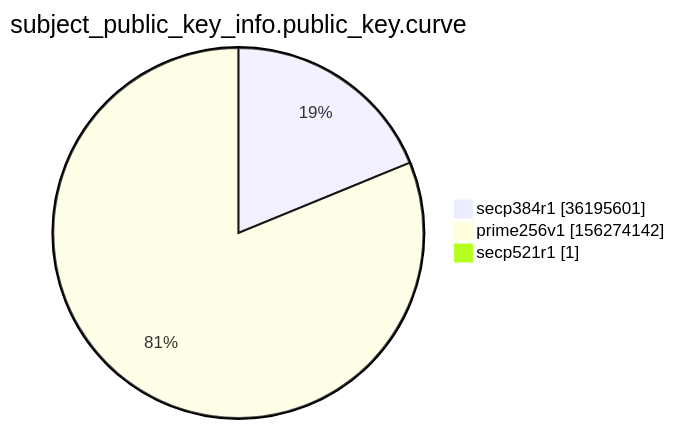
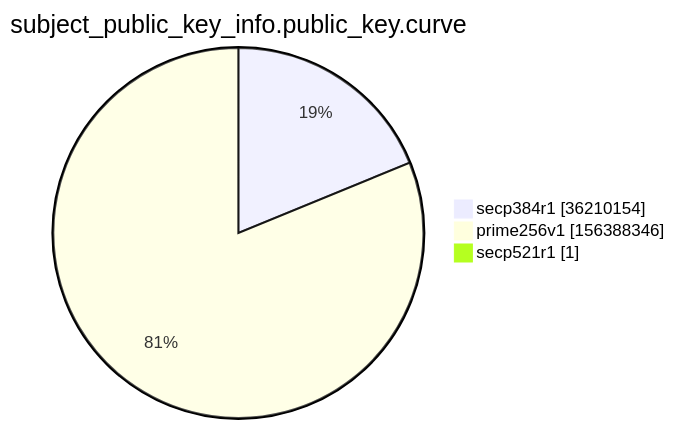
One commit to christiankrug/ctmonitor_visualization changed the ninth of 15 diagrams in argon2022/README.md. Above: the diagram before and after it, drawn with Mermaid. The commit also changed other lines of this file, not shown here.

````diff
--- a/argon2022/README.md
+++ b/argon2022/README.md
@@ -2766,7 +2766,7 @@
 ```mermaid
 pie showData
 title subject_public_key_info.public_key.curve
-"secp384r1" :36195601
-"prime256v1" :156274142
+"secp384r1" :36210154
+"prime256v1" :156388346
 "secp521r1" :1
 ```
````
